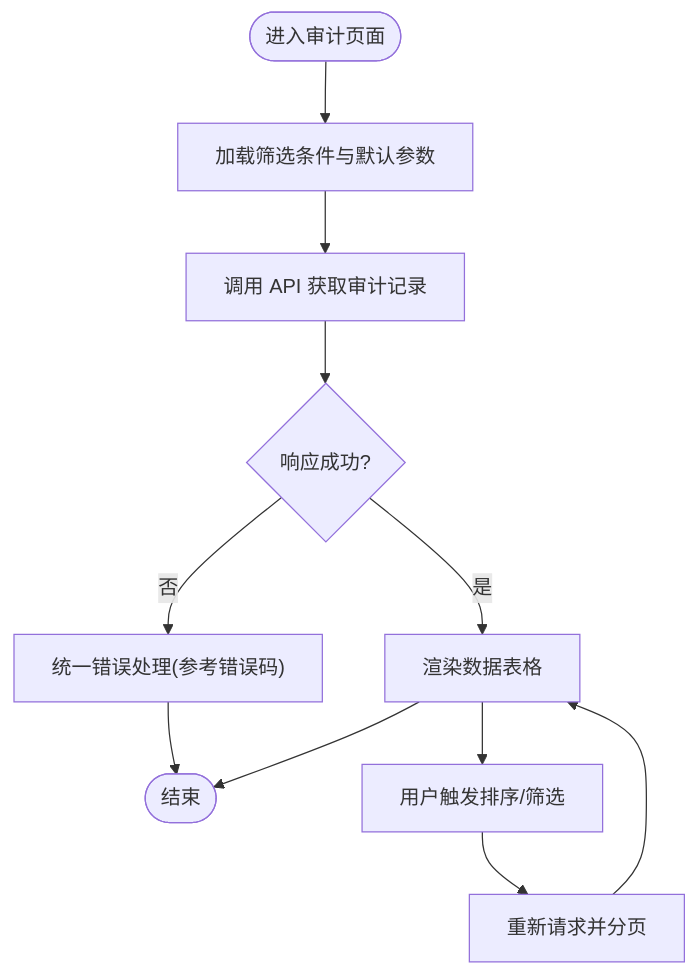
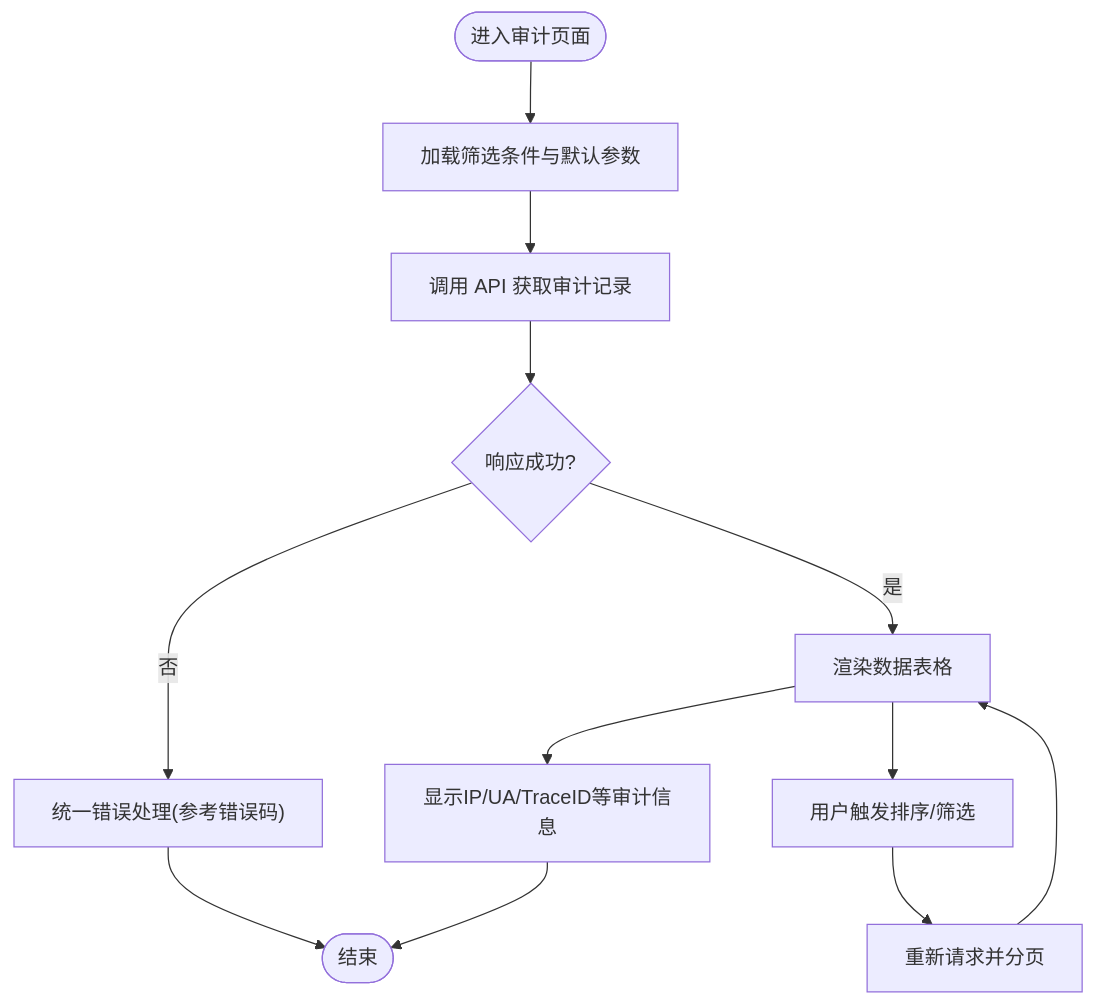
Before and after one commit to Damao997/newproject: the fourth of 6 diagrams in .qoder/repowiki/zh/content/核心模块/审计日志系统.md, drawn with Mermaid. The commit also changed other lines of this file and 26 other files, not shown here.

````diff
--- a/.qoder/repowiki/zh/content/核心模块/审计日志系统.md
+++ b/.qoder/repowiki/zh/content/核心模块/审计日志系统.md
@@ -185,13 +198,14 @@
 ```mermaid
 flowchart TD
 Start(["进入审计页面"]) --> Load["加载筛选条件与默认参数"]
 Load --> Fetch["调用 API 获取审计记录"]
 Fetch --> Resp{"响应成功?"}
 Resp --> |否| HandleErr["统一错误处理(参考错误码)"]
 HandleErr --> End(["结束"])
 Resp --> |是| Render["渲染数据表格"]
 Render --> Sort["用户触发排序/筛选"]
 Sort --> ReFetch["重新请求并分页"]
 ReFetch --> Render
-Render --> End
+Render --> Display["显示IP/UA/TraceID等审计信息"]
+Display --> End
 ```
````
